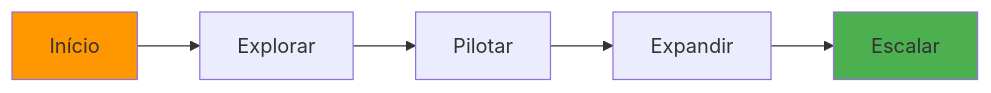
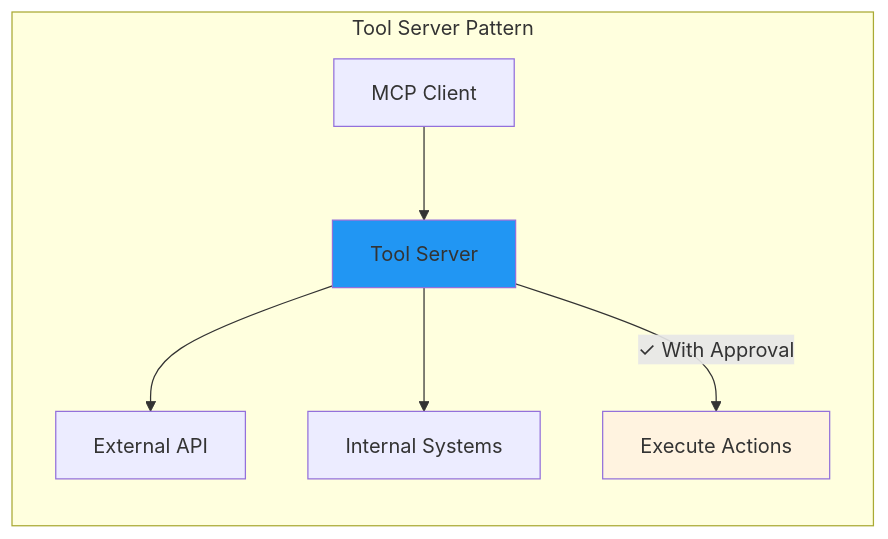
Before and after one commit to felipepimentel/my-public-notes: diagram 13 of 28 in AI/Comunicação/MCP/00-mcp-presentation-zero to hero.md, drawn with Mermaid. The commit also changed other lines of this file, not shown here.

````diff
--- a/AI/Comunicação/MCP/00-mcp-presentation-zero to hero.md
+++ b/AI/Comunicação/MCP/00-mcp-presentation-zero to hero.md
@@ -526,10 +496,13 @@
 ```mermaid
 graph LR
-    START[Início] --> EXPLORE[Explorar]
-    EXPLORE --> PILOT[Pilotar]
-    PILOT --> EXPAND[Expandir]
-    EXPAND --> SCALE[Escalar]
+    subgraph "Tool Server Pattern"
+        CLIENT[MCP Client] --> SERVER[Tool Server]
+        SERVER --> API1[External API]
+        SERVER --> API2[Internal Systems]
+        
+        SERVER -->|✓ With Approval| ACTIONS[Execute Actions]
+    end
     
-    style START fill:#ff9800
-    style SCALE fill:#4CAF50
+    style SERVER fill:#2196F3
+    style ACTIONS fill:#fff3e0
 ```
````
